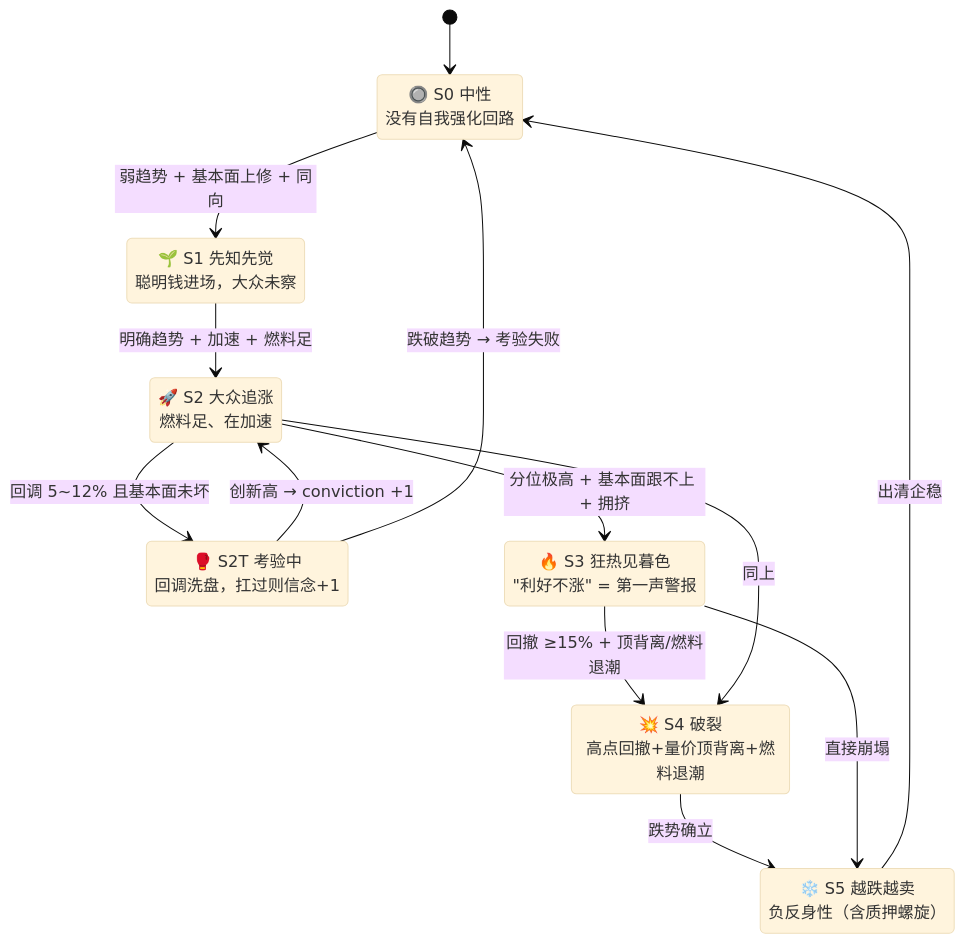
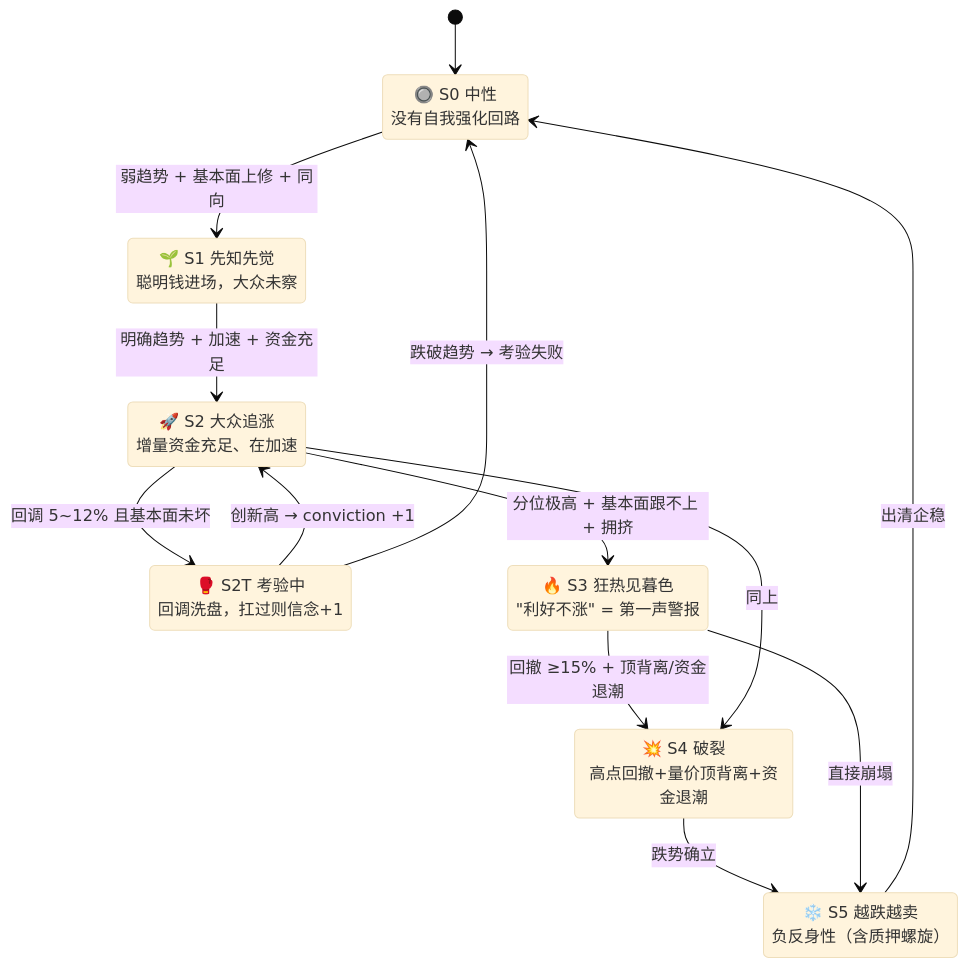
Before and after one commit to quantskills/skill-soros-reflexivity-detector: the second of 2 diagrams in README.md, drawn with Mermaid (base theme). The commit also changed other lines of this file and 4 other files, not shown here.

````diff
--- a/README.md
+++ b/README.md
@@ -67,24 +67,24 @@
 ```mermaid
 stateDiagram-v2
     [*] --> S0
 
     S0: 🔘 S0 中性<br/>没有自我强化回路
     S1: 🌱 S1 先知先觉<br/>聪明钱进场，大众未察
-    S2: 🚀 S2 大众追涨<br/>燃料足、在加速
+    S2: 🚀 S2 大众追涨<br/>增量资金充足、在加速
     S2T: 🥊 S2T 考验中<br/>回调洗盘，扛过则信念+1
     S3: 🔥 S3 狂热见暮色<br/>"利好不涨" = 第一声警报
-    S4: 💥 S4 破裂<br/>高点回撤+量价顶背离+燃料退潮
+    S4: 💥 S4 破裂<br/>高点回撤+量价顶背离+资金退潮
     S5: ❄️ S5 越跌越卖<br/>负反身性（含质押螺旋）
 
     S0 --> S1: 弱趋势 + 基本面上修 + 同向
-    S1 --> S2: 明确趋势 + 加速 + 燃料足
+    S1 --> S2: 明确趋势 + 加速 + 资金充足
     S2 --> S2T: 回调 5~12% 且基本面未坏
     S2T --> S2: 创新高 → conviction +1
     S2T --> S0: 跌破趋势 → 考验失败
     S2 --> S3: 分位极高 + 基本面跟不上 + 拥挤
-    S3 --> S4: 回撤 ≥15% + 顶背离/燃料退潮
+    S3 --> S4: 回撤 ≥15% + 顶背离/资金退潮
     S2 --> S4: 同上
     S4 --> S5: 跌势确立
     S3 --> S5: 直接崩塌
     S5 --> S0: 出清企稳
 ```
````
